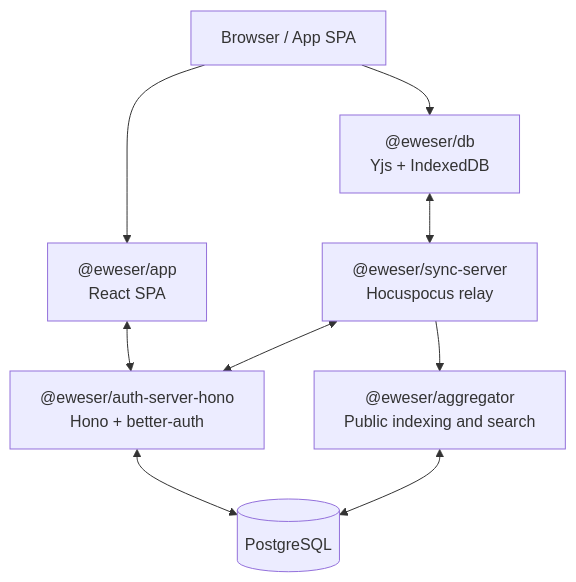
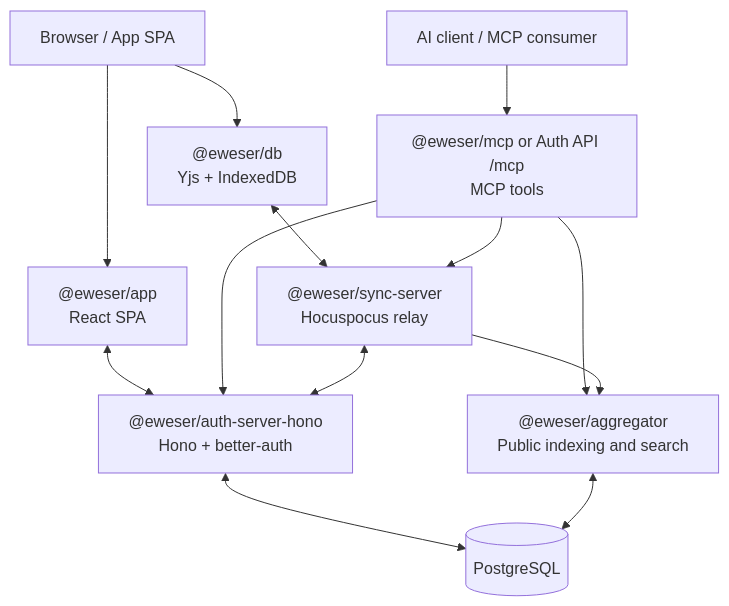
One commit to eweser/eweser-db changed the diagram in ARCHITECTURE.md. Above: the diagram before and after it, drawn with Mermaid. The commit also changed other lines of this file and 8 other files, not shown here.

````diff
--- a/ARCHITECTURE.md
+++ b/ARCHITECTURE.md
@@ -11,19 +14,25 @@
 ```mermaid
 graph TD
   Browser["Browser / App SPA"]
   Db["@eweser/db<br/>Yjs + IndexedDB"]
   AuthPages["@eweser/app<br/>React SPA"]
   AuthApi["@eweser/auth-server-hono<br/>Hono + better-auth"]
   SyncServer["@eweser/sync-server<br/>Hocuspocus relay"]
   Aggregator["@eweser/aggregator<br/>Public indexing and search"]
+  AIClient["AI client / MCP consumer"]
+  Mcp["@eweser/mcp or Auth API /mcp<br/>MCP tools"]
   Postgres[("PostgreSQL")]
 
   Browser --> Db
   Browser --> AuthPages
+  AIClient --> Mcp
   Db <--> SyncServer
   AuthPages <--> AuthApi
+  Mcp --> AuthApi
+  Mcp --> SyncServer
+  Mcp --> Aggregator
   SyncServer <--> AuthApi
   AuthApi <--> Postgres
   Aggregator <--> Postgres
   SyncServer --> Aggregator
 ```
````
